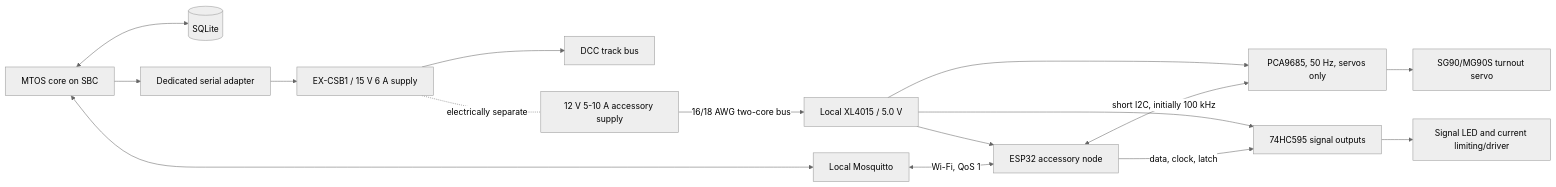
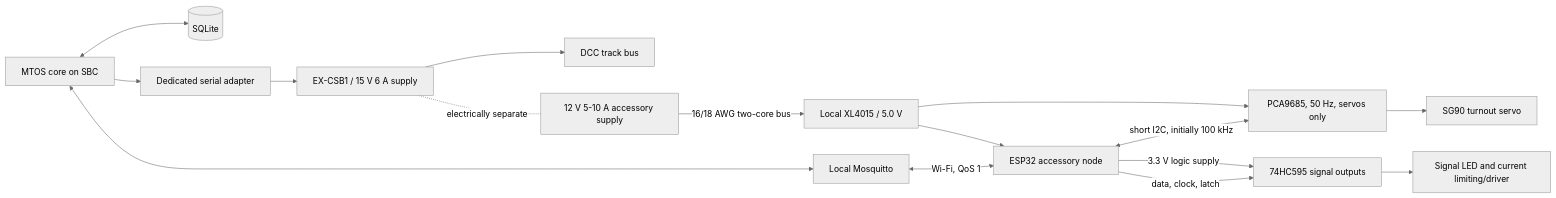
Before and after one commit to snehasiss/mtos: the diagram in docs/architecture/layout-automation.md, drawn with Mermaid (neutral theme). The commit also changed other lines of this file and 7 other files, not shown here.

````diff
--- a/docs/architecture/layout-automation.md
+++ b/docs/architecture/layout-automation.md
@@ -12,30 +14,30 @@
 ```mermaid
 flowchart LR
     Core[MTOS core on SBC]
     DB[(SQLite)]
     Serial[Dedicated serial adapter]
     CSB[EX-CSB1 / 15 V 6 A supply]
     Track[DCC track bus]
     MQTT[Local Mosquitto]
     Node[ESP32 accessory node]
     PWM[PCA9685, 50 Hz, servos only]
     Shift[74HC595 signal outputs]
-    Servo[SG90/MG90S turnout servo]
+    Servo[SG90 turnout servo]
     Signal[Signal LED and current limiting/driver]
     Supply[12 V 5-10 A accessory supply]
     Buck[Local XL4015 / 5.0 V]
 
     Core <--> DB
     Core --> Serial --> CSB --> Track
     Core <--> MQTT
     MQTT <-->|Wi-Fi, QoS 1| Node
     Node <-->|short I2C, initially 100 kHz| PWM
     Node -->|data, clock, latch| Shift
     PWM --> Servo
     Shift --> Signal
     Supply -->|16/18 AWG two-core bus| Buck
     Buck --> Node
     Buck --> PWM
-    Buck --> Shift
+    Node -->|3.3 V logic supply| Shift
     CSB -. electrically separate .- Supply
 ```
````
